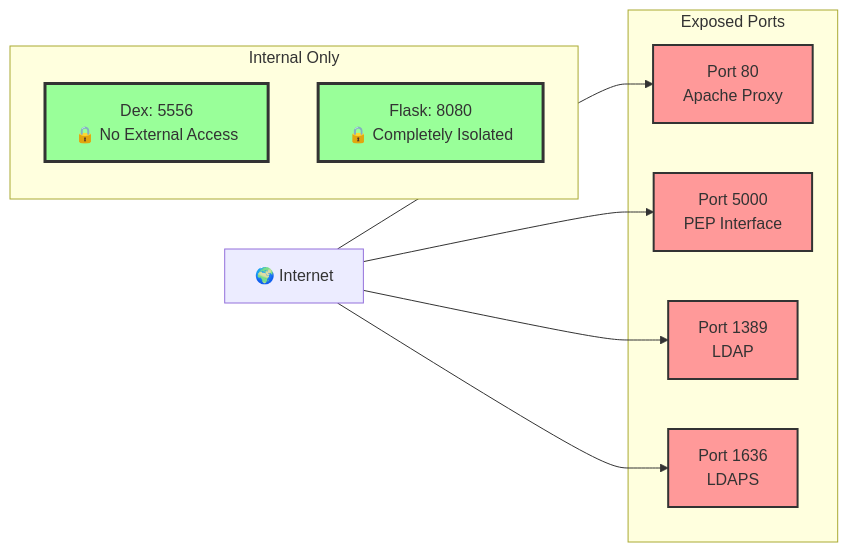
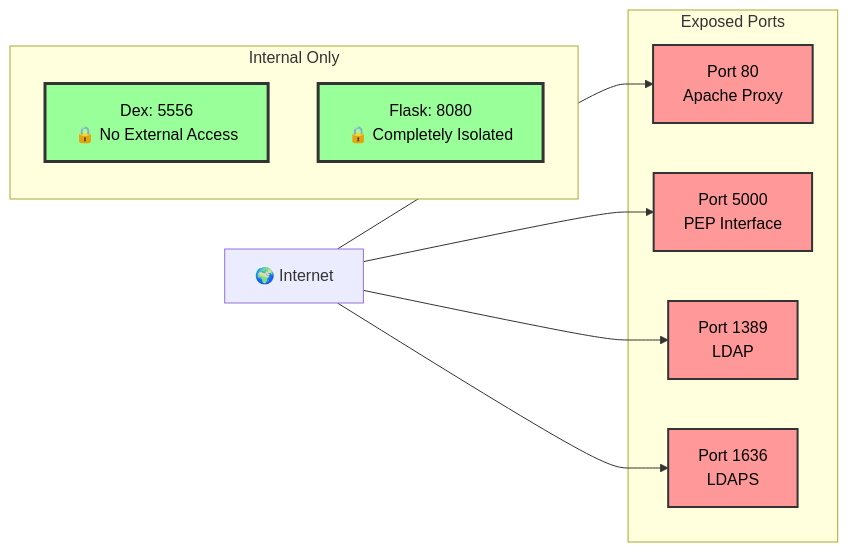
One commit to randomKara/ldap-dex-IDP changed the sixth of 10 diagrams in PRESENTATION.md. Above: the diagram before and after it, drawn with Mermaid. The commit also changed other lines of this file, not shown here.

````diff
--- a/PRESENTATION.md
+++ b/PRESENTATION.md
@@ -243,27 +243,27 @@
 ```mermaid
 graph LR
     INTERNET[🌍 Internet]
     
     subgraph "Exposed Ports"
         PORT_80[Port 80<br/>Apache Proxy]
         PORT_5000[Port 5000<br/>PEP Interface]
         PORT_1389[Port 1389<br/>LDAP]
         PORT_1636[Port 1636<br/>LDAPS]
     end
     
     subgraph "Internal Only"
         DEX_5556[Dex: 5556<br/>🔒 No External Access]
         FLASK_8080[Flask: 8080<br/>🔒 Completely Isolated]
     end
     
     INTERNET --> PORT_80
     INTERNET --> PORT_5000
     INTERNET --> PORT_1389
     INTERNET --> PORT_1636
     
-    classDef exposed fill:#ff9999,stroke:#333,stroke-width:2px
-    classDef internal fill:#99ff99,stroke:#333,stroke-width:3px
+    classDef exposed fill:#ff9999,stroke:#333,stroke-width:2px,color:#000000
+    classDef internal fill:#99ff99,stroke:#333,stroke-width:3px,color:#000000
     
     class PORT_80,PORT_5000,PORT_1389,PORT_1636 exposed
     class DEX_5556,FLASK_8080 internal
 ```
````
